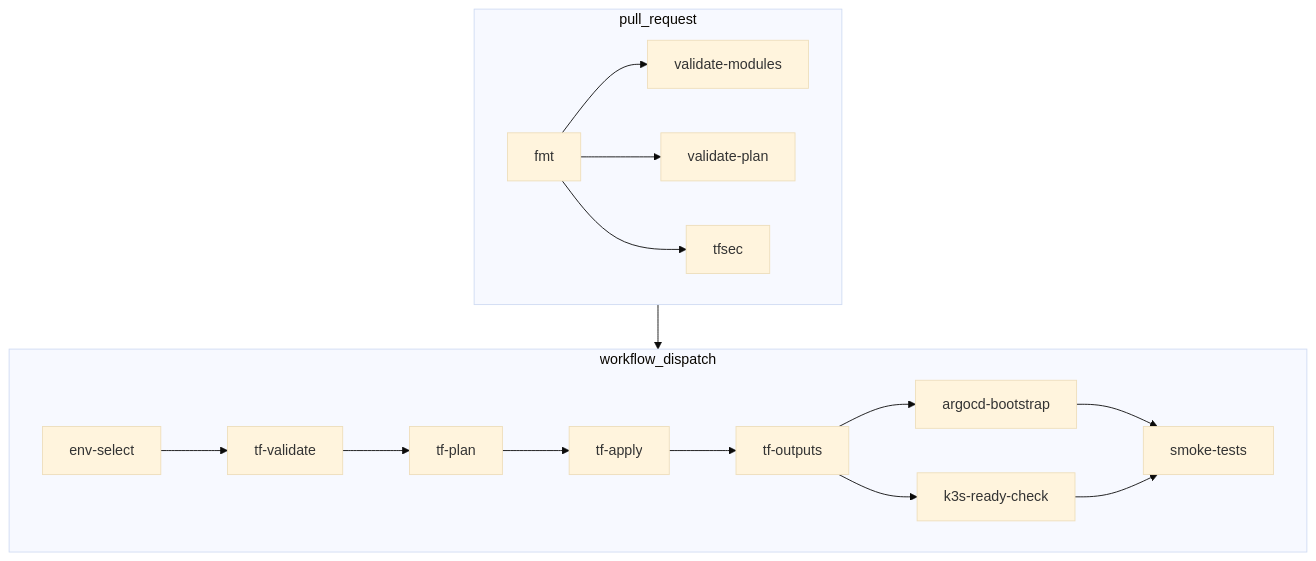
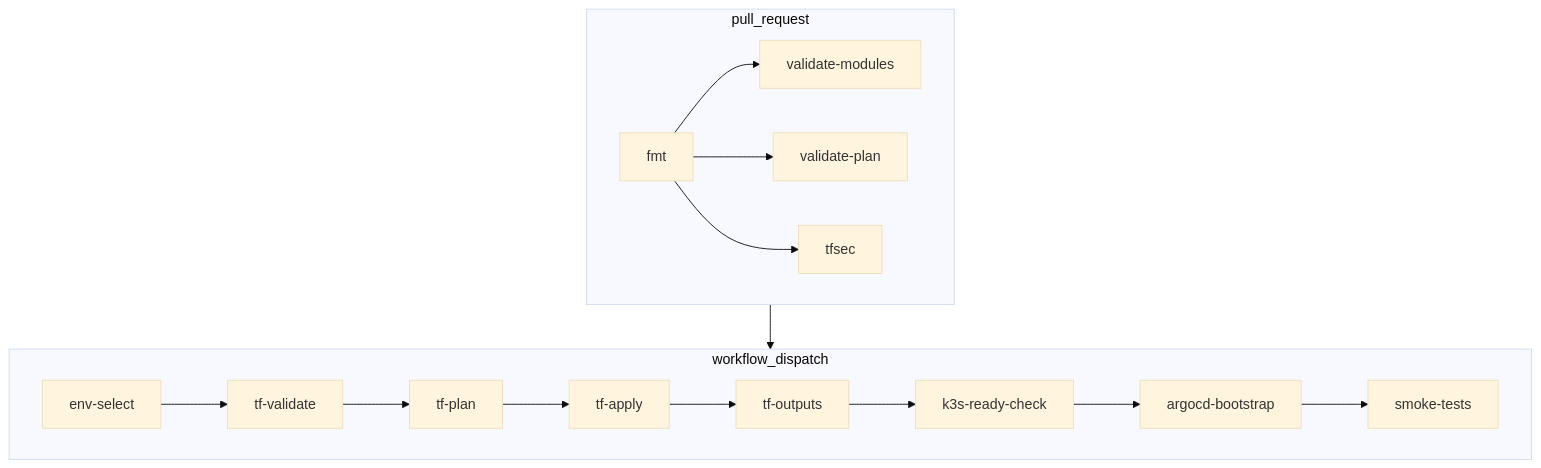
Before and after one commit to ClementV78/CloudRadar: the diagram in docs/runbooks/ci-infra.md, drawn with Mermaid (base theme). The commit also changed other lines of this file and 8 other files, not shown here.

First line of the commit message:
ci(infra): gate argocd bootstrap on k3s ready (#144)

````diff
--- a/docs/runbooks/ci-infra.md
+++ b/docs/runbooks/ci-infra.md
@@ -57,31 +57,28 @@
 ```mermaid
 flowchart TB
   subgraph PR["pull_request"]
     fmt[fmt]
     validate-modules[validate-modules]
     validate-plan[validate-plan]
     tfsec[tfsec]
     fmt --> validate-modules
     fmt --> validate-plan
     fmt --> tfsec
   end
 
   subgraph Dispatch["workflow_dispatch"]
     env-select[env-select]
     tf-validate[tf-validate]
     tf-plan[tf-plan]
     tf-apply[tf-apply]
     tf-outputs[tf-outputs]
     k3s-ready-check[k3s-ready-check]
     argocd-bootstrap[argocd-bootstrap]
     smoke-tests[smoke-tests]
 
     env-select --> tf-validate --> tf-plan --> tf-apply --> tf-outputs
-    tf-outputs --> argocd-bootstrap
-    tf-outputs --> k3s-ready-check
-    argocd-bootstrap --> smoke-tests
-    k3s-ready-check --> smoke-tests
+    tf-outputs --> k3s-ready-check --> argocd-bootstrap --> smoke-tests
   end
 
   PR --> Dispatch
 ```
````
